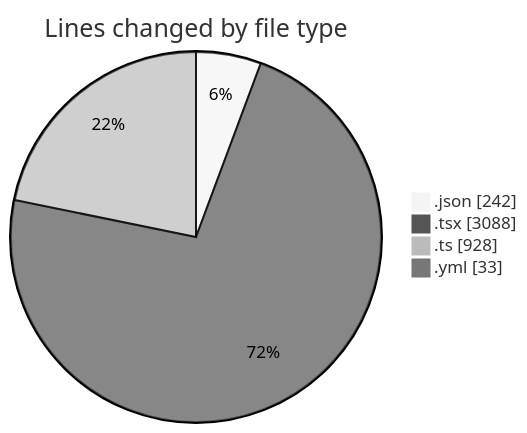
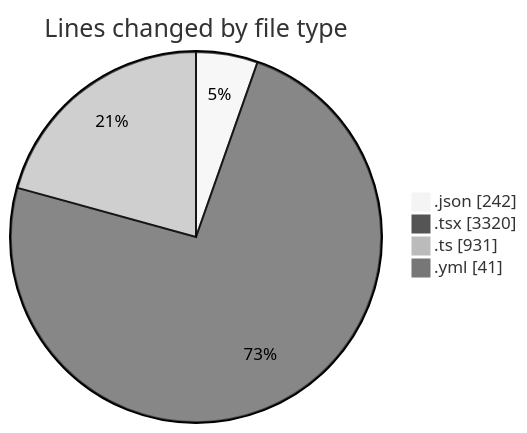
One commit to julien-gomy/code-tracking changed the first of 2 diagrams in 2025-11-17/eventscop-frontend-guide__workspace_/README.md. Above: the diagram before and after it, drawn with Mermaid (neutral theme). The commit also changed other lines of this file and 1 other file, not shown here.

````diff
--- a/2025-11-17/eventscop-frontend-guide__workspace_/README.md
+++ b/2025-11-17/eventscop-frontend-guide__workspace_/README.md
@@ -44,8 +44,8 @@
 ```mermaid
 pie showData
 title Lines changed by file type
 ".json" : 242
-".tsx" : 3088
-".ts" : 928
-".yml" : 33
+".tsx" : 3320
+".ts" : 931
+".yml" : 41
 ```
````
